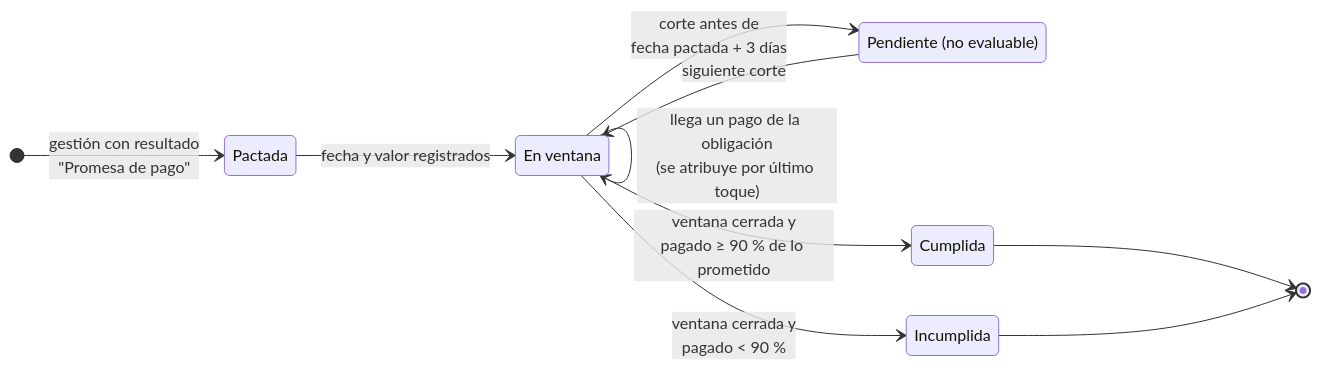
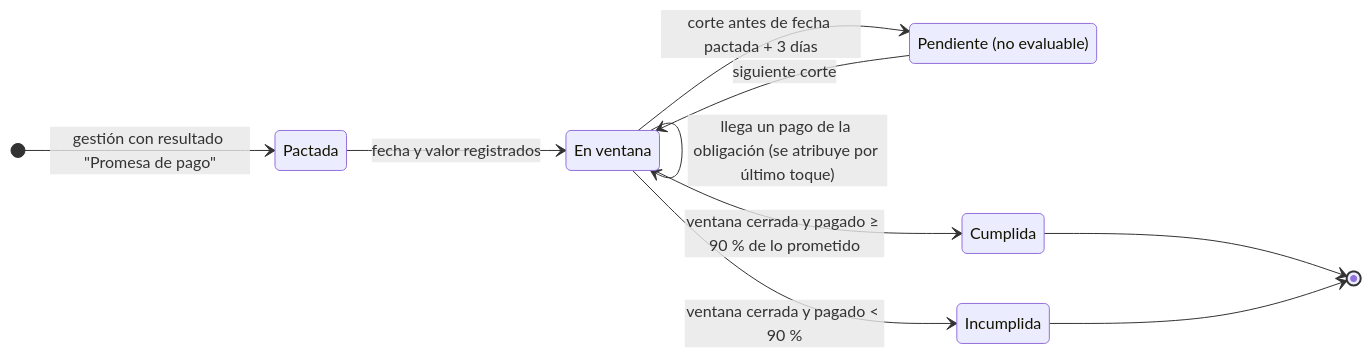
The diagram in docs/kpis.md (DarwinMontiel/radar-cartera), drawn with Mermaid before and after one commit. The commit also changed 7 other files, not shown here.

````diff
--- a/docs/kpis.md
+++ b/docs/kpis.md
@@ -63,16 +63,16 @@
 ```mermaid
 stateDiagram-v2
     direction LR
-    [*] --> Pactada: gestión con resultado<br/>"Promesa de pago"
+    [*] --> Pactada: gestión con resultado "Promesa de pago"
     Pactada --> EnVentana: fecha y valor registrados
-    EnVentana --> EnVentana: llega un pago de la obligación<br/>(se atribuye por último toque)
-    EnVentana --> Pendiente: corte antes de<br/>fecha pactada + 3 días
+    EnVentana --> EnVentana: llega un pago de la obligación (se atribuye por último toque)
+    EnVentana --> Pendiente: corte antes de fecha pactada + 3 días
     Pendiente --> EnVentana: siguiente corte
-    EnVentana --> Cumplida: ventana cerrada y<br/>pagado ≥ 90 % de lo prometido
-    EnVentana --> Incumplida: ventana cerrada y<br/>pagado < 90 %
+    EnVentana --> Cumplida: ventana cerrada y pagado ≥ 90 % de lo prometido
+    EnVentana --> Incumplida: ventana cerrada y pagado < 90 %
     Cumplida --> [*]
     Incumplida --> [*]
 
     state "En ventana" as EnVentana
     state "Pendiente (no evaluable)" as Pendiente
 ```
````
